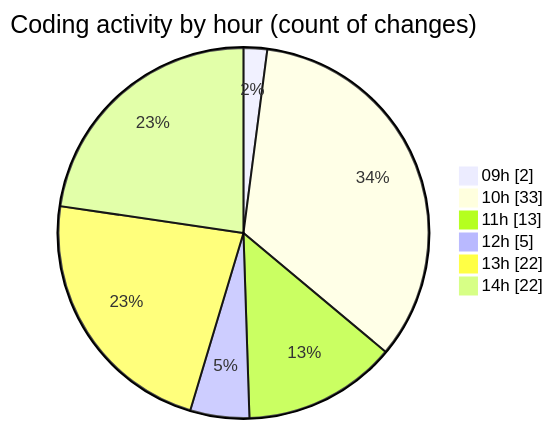
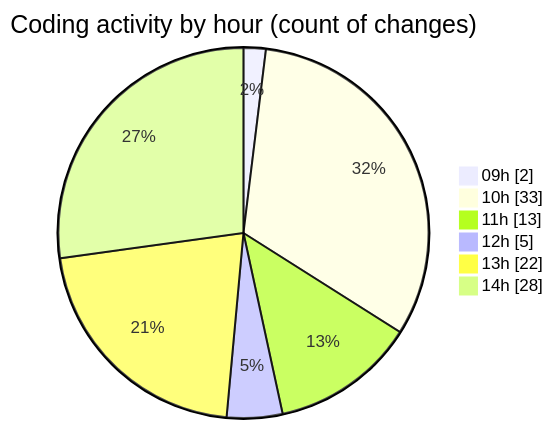
The second of 2 diagrams in 2025-08-12/cda/README.md (momahboobian/code-tracking), drawn with Mermaid before and after one commit. The commit also changed other lines of this file and 1 other file, not shown here.

````diff
--- a/2025-08-12/cda/README.md
+++ b/2025-08-12/cda/README.md
@@ -53,10 +53,10 @@
 ```mermaid
 pie showData
 title Coding activity by hour (count of changes)
 "09h" : 2
 "10h" : 33
 "11h" : 13
 "12h" : 5
 "13h" : 22
-"14h" : 22
+"14h" : 28
 ```
````
